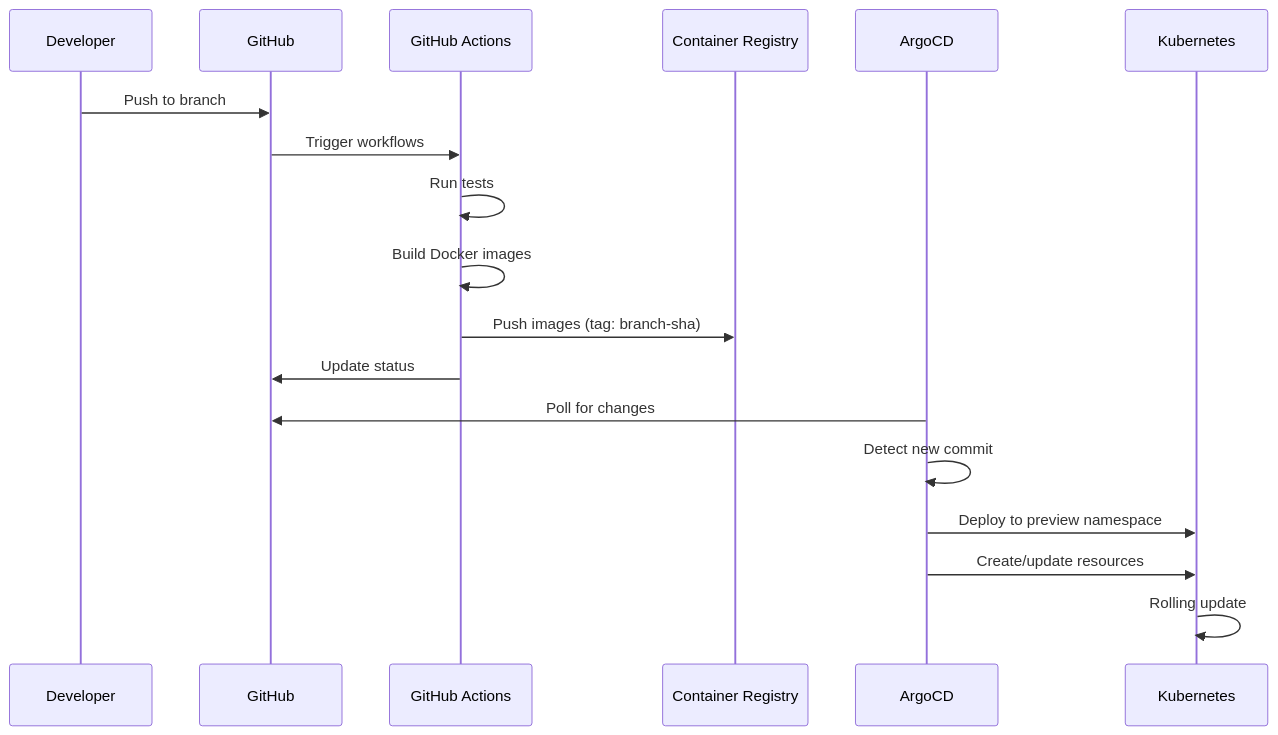
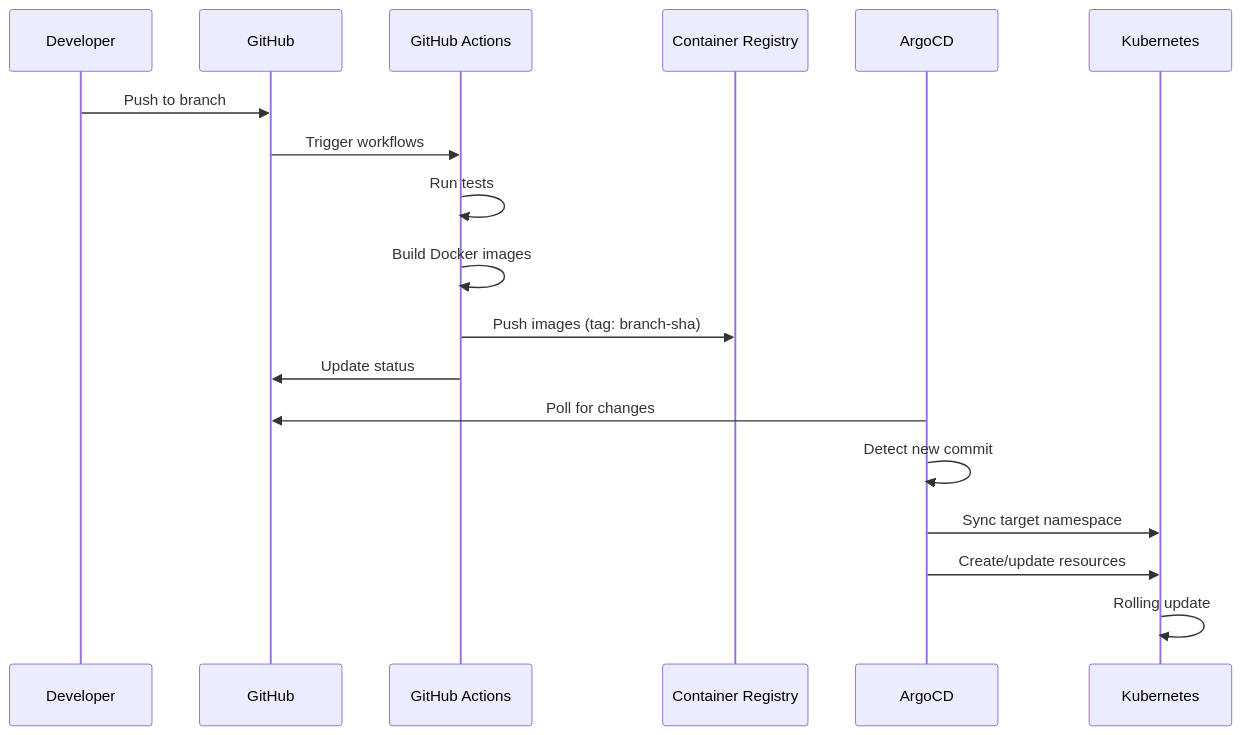
Before and after one commit to ldamasio/robson: the third of 3 diagrams in docs/AGENTS.md, drawn with Mermaid. The commit also changed other lines of this file and 20 other files, not shown here.

````diff
--- a/docs/AGENTS.md
+++ b/docs/AGENTS.md
@@ -641,21 +638,21 @@
 ```mermaid
 sequenceDiagram
     participant Dev as Developer
     participant GH as GitHub
     participant CI as GitHub Actions
     participant Reg as Container Registry
     participant Argo as ArgoCD
     participant K8s as Kubernetes
 
     Dev->>GH: Push to branch
     GH->>CI: Trigger workflows
     CI->>CI: Run tests
     CI->>CI: Build Docker images
     CI->>Reg: Push images (tag: branch-sha)
     CI->>GH: Update status
     Argo->>GH: Poll for changes
     Argo->>Argo: Detect new commit
-    Argo->>K8s: Deploy to preview namespace
+    Argo->>K8s: Sync target namespace
     Argo->>K8s: Create/update resources
     K8s->>K8s: Rolling update
 ```
````
